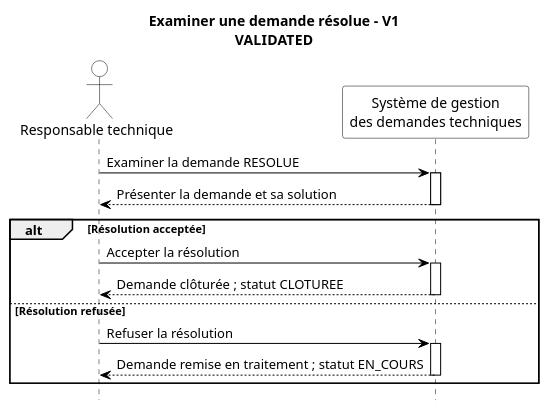
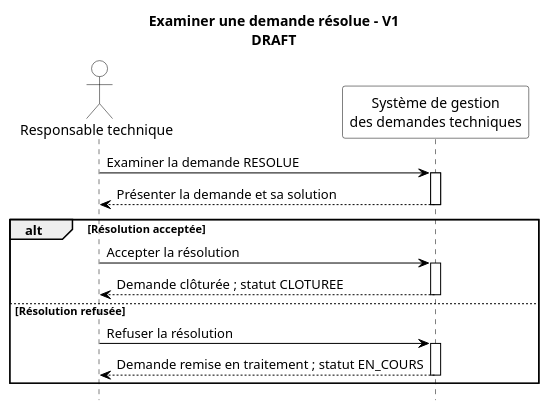
The diagram in docs/uml/sequence/review-resolution-v1.puml (akrouty/gestion-demandes-techniques), drawn with PlantUML before and after one commit. The commit also changed 9 other files, not shown here.

Commit message:
modification uml

```diff
--- a/docs/uml/sequence/review-resolution-v1.puml
+++ b/docs/uml/sequence/review-resolution-v1.puml
@@ -1,45 +1,49 @@
 @startuml
 
-' Statut : VALIDATED
-title Examiner une demande résolue - V1\nVALIDATED
+' Statut : DRAFT
+title Examiner une demande résolue - V1\nDRAFT
 
 hide footbox
+' PlantUML affiche nativement les gardes des fragments entre crochets.
 skinparam monochrome true
 skinparam shadowing false
 skinparam backgroundColor white
 skinparam sequence {
   ArrowColor black
   ActorBorderColor black
   ActorBackgroundColor white
   ActorFontColor black
   ParticipantBorderColor black
   ParticipantBackgroundColor white
   ParticipantFontColor black
   LifeLineBorderColor black
   LifeLineBackgroundColor white
   GroupBorderColor black
   GroupHeaderFontColor black
   GroupBodyBackgroundColor white
 }
 
 actor "Responsable technique" as RT
 participant "Système de gestion\ndes demandes techniques" as SYSTEM
 
 RT -> SYSTEM : Examiner la demande RESOLUE
 activate SYSTEM
 SYSTEM --> RT : Présenter la demande et sa solution
 deactivate SYSTEM
 
+' Garde UML : [Résolution acceptée]
+
 alt Résolution acceptée
   RT -> SYSTEM : Accepter la résolution
   activate SYSTEM
   SYSTEM --> RT : Demande clôturée ; statut CLOTUREE
   deactivate SYSTEM
+' Garde UML : [Résolution refusée]
 else Résolution refusée
   RT -> SYSTEM : Refuser la résolution
   activate SYSTEM
   SYSTEM --> RT : Demande remise en traitement ; statut EN_COURS
   deactivate SYSTEM
 end
 
 @enduml
```
